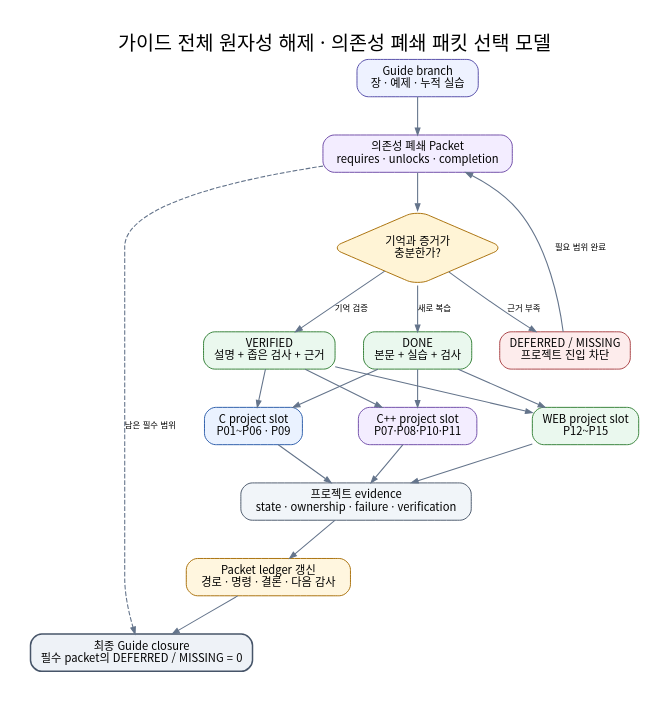
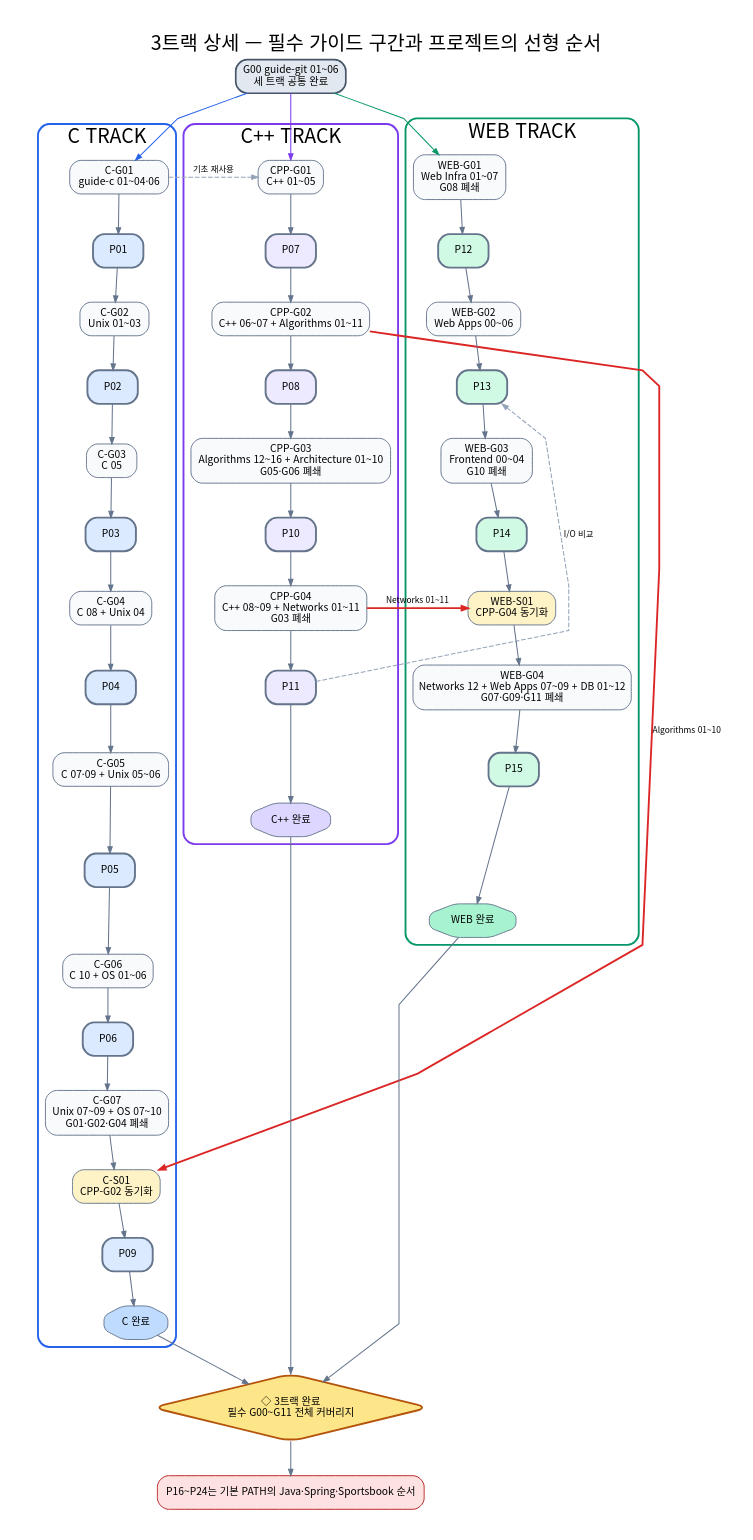
Before and after one commit to woopinbell/engineering-path-review: the diagram in assets/path/parallel-guide-packets.dot, drawn with Graphviz. The commit also changed 17 other files, not shown here.

```diff
--- a/assets/path/parallel-guide-packets.dot
+++ b/assets/path/parallel-guide-packets.dot
@@ -1,45 +1,76 @@
-digraph GuidePackets {
-  graph [rankdir=TB, newrank=true, bgcolor="white", pad="0.35", nodesep="0.42", ranksep="0.55",
+digraph ParallelTrackDetail {
+  graph [rankdir=TB, newrank=true, bgcolor="white", pad="0.35", nodesep="0.38", ranksep="0.48",
     fontname="Noto Sans CJK KR", fontsize=21,
-    label="가이드 전체 원자성 해제 · 의존성 폐쇄 패킷 선택 모델", labelloc=t, splines=spline];
-  node [shape=box, style="rounded,filled", fontname="Noto Sans CJK KR", fontsize=12,
-    margin="0.15,0.10", color="#64748b", fillcolor="#f8fafc"];
-  edge [fontname="Noto Sans CJK KR", fontsize=9, color="#64748b", arrowsize=0.72, penwidth=1.15];
+    label="3트랙 상세 — 필수 가이드 구간과 프로젝트의 선형 순서", labelloc=t, splines=polyline];
+  node [shape=box, style="rounded,filled", fontname="Noto Sans CJK KR", fontsize=11,
+    margin="0.13,0.08", color="#64748b", fillcolor="#f8fafc"];
+  edge [fontname="Noto Sans CJK KR", fontsize=9, color="#64748b", arrowsize=0.68, penwidth=1.1];
 
-  GUIDE [label="Guide branch\n장 · 예제 · 누적 실습", fillcolor="#eef2ff", color="#4f46a5"];
-  PACKET [label="의존성 폐쇄 Packet\nrequires · unlocks · completion", fillcolor="#f3edff", color="#6b46a5"];
-  CHECK [shape=diamond, label="기억과 증거가\n충분한가?", fillcolor="#fff4d6", color="#a66b00"];
-  DONE [label="DONE\n본문 + 실습 + 검사", fillcolor="#eaf8ee", color="#2f7d32"];
-  VERIFIED [label="VERIFIED\n설명 + 좁은 검사 + 근거", fillcolor="#eaf8ee", color="#2f7d32"];
-  BLOCK [label="DEFERRED / MISSING\n프로젝트 진입 차단", fillcolor="#fdecec", color="#a63d40"];
+  G00 [label="G00 guide-git 01~06\n세 트랙 공통 완료", fillcolor="#e2e8f0", color="#475569", penwidth=1.8];
 
-  C [label="C project slot\nP01~P06 · P09", fillcolor="#eaf2ff", color="#2457a6"];
-  CPP [label="C++ project slot\nP07·P08·P10·P11", fillcolor="#f3edff", color="#6b46a5"];
-  WEB [label="WEB project slot\nP12~P15", fillcolor="#eaf8ee", color="#2f7d32"];
-  EVIDENCE [label="프로젝트 evidence\nstate · ownership · failure · verification", fillcolor="#f1f5f9", color="#475569"];
-  LEDGER [label="Packet ledger 갱신\n경로 · 명령 · 결론 · 다음 감사", fillcolor="#fff6df", color="#a66b00"];
-  CLOSURE [label="최종 Guide closure\n필수 packet의 DEFERRED / MISSING = 0", fillcolor="#eef2f7", color="#475569", penwidth=1.6];
+  subgraph cluster_c {
+    label="C TRACK"; color="#2563eb"; penwidth=2; style="rounded";
+    C1 [label="C-G01\nguide-c 01~04·06"];
+    C2 [label="P01", fillcolor="#dbeafe", penwidth=2];
+    C3 [label="C-G02\nUnix 01~03"];
+    C4 [label="P02", fillcolor="#dbeafe", penwidth=2];
+    C5 [label="C-G03\nC 05"];
+    C6 [label="P03", fillcolor="#dbeafe", penwidth=2];
+    C7 [label="C-G04\nC 08 + Unix 04"];
+    C8 [label="P04", fillcolor="#dbeafe", penwidth=2];
+    C9 [label="C-G05\nC 07·09 + Unix 05~06"];
+    C10 [label="P05", fillcolor="#dbeafe", penwidth=2];
+    C11 [label="C-G06\nC 10 + OS 01~06"];
+    C12 [label="P06", fillcolor="#dbeafe", penwidth=2];
+    C13 [label="C-G07\nUnix 07~09 + OS 07~10\nG01·G02·G04 폐쇄"];
+    C14 [label="C-S01\nCPP-G02 동기화", fillcolor="#fef3c7"];
+    C15 [label="P09", fillcolor="#dbeafe", penwidth=2];
+    C16 [label="C 완료", shape=octagon, fillcolor="#bfdbfe"];
+    C1 -> C2 -> C3 -> C4 -> C5 -> C6 -> C7 -> C8 -> C9 -> C10 -> C11 -> C12 -> C13 -> C14 -> C15 -> C16;
+  }
 
-  GUIDE -> PACKET -> CHECK;
-  CHECK -> DONE [label="새로 복습"];
-  CHECK -> VERIFIED [label="기억 검증"];
-  CHECK -> BLOCK [label="근거 부족"];
-  BLOCK -> PACKET [label="필요 범위 완료"];
+  subgraph cluster_cpp {
+    label="C++ TRACK"; color="#7c3aed"; penwidth=2; style="rounded";
+    X1 [label="CPP-G01\nC++ 01~05"];
+    X2 [label="P07", fillcolor="#ede9fe", penwidth=2];
+    X3 [label="CPP-G02\nC++ 06~07 + Algorithms 01~11"];
+    X4 [label="P08", fillcolor="#ede9fe", penwidth=2];
+    X5 [label="CPP-G03\nAlgorithms 12~16 + Architecture 01~10\nG05·G06 폐쇄"];
+    X6 [label="P10", fillcolor="#ede9fe", penwidth=2];
+    X7 [label="CPP-G04\nC++ 08~09 + Networks 01~11\nG03 폐쇄"];
+    X8 [label="P11", fillcolor="#ede9fe", penwidth=2];
+    X9 [label="C++ 완료", shape=octagon, fillcolor="#ddd6fe"];
+    X1 -> X2 -> X3 -> X4 -> X5 -> X6 -> X7 -> X8 -> X9;
+  }
 
-  {rank=same; DONE; VERIFIED; BLOCK;}
-  {rank=same; C; CPP; WEB;}
-  C -> CPP -> WEB [style=invis, weight=100];
+  subgraph cluster_web {
+    label="WEB TRACK"; color="#059669"; penwidth=2; style="rounded";
+    W1 [label="WEB-G01\nWeb Infra 01~07\nG08 폐쇄"];
+    W2 [label="P12", fillcolor="#d1fae5", penwidth=2];
+    W3 [label="WEB-G02\nWeb Apps 00~06"];
+    W4 [label="P13", fillcolor="#d1fae5", penwidth=2];
+    W5 [label="WEB-G03\nFrontend 00~04\nG10 폐쇄"];
+    W6 [label="P14", fillcolor="#d1fae5", penwidth=2];
+    W7 [label="WEB-S01\nCPP-G04 동기화", fillcolor="#fef3c7"];
+    W8 [label="WEB-G04\nNetworks 12 + Web Apps 07~09 + DB 01~12\nG07·G09·G11 폐쇄"];
+    W9 [label="P15", fillcolor="#d1fae5", penwidth=2];
+    W10 [label="WEB 완료", shape=octagon, fillcolor="#a7f3d0"];
+    W1 -> W2 -> W3 -> W4 -> W5 -> W6 -> W7 -> W8 -> W9 -> W10;
+  }
 
-  DONE -> C;
-  DONE -> CPP;
-  DONE -> WEB;
-  VERIFIED -> C;
-  VERIFIED -> CPP;
-  VERIFIED -> WEB;
+  G00 -> C1 [color="#2563eb"];
+  G00 -> X1 [color="#7c3aed"];
+  G00 -> W1 [color="#059669"];
+  X3 -> C14 [label="Algorithms 01~10", color="#dc2626", penwidth=2, constraint=false];
+  X7 -> W7 [label="Networks 01~11", color="#dc2626", penwidth=2, constraint=false];
+  C1 -> X1 [style=dashed, label="기초 재사용", color="#94a3b8", constraint=false];
+  X8 -> W4 [style=dashed, label="I/O 비교", color="#94a3b8", constraint=false];
 
-  C -> EVIDENCE;
-  CPP -> EVIDENCE;
-  WEB -> EVIDENCE;
-  EVIDENCE -> LEDGER -> CLOSURE;
-  PACKET -> CLOSURE [style=dashed, label="남은 필수 범위"];
+  MERGE [label="◇ 3트랙 완료\n필수 G00~G11 전체 커버리지", shape=diamond,
+    fillcolor="#fde68a", color="#b45309", penwidth=2];
+  C16 -> MERGE;
+  X9 -> MERGE;
+  W10 -> MERGE;
+  POST [label="P16~P24는 기본 PATH의 Java·Spring·Sportsbook 순서", fillcolor="#fee2e2", color="#b91c1c"];
+  MERGE -> POST;
 }
```
